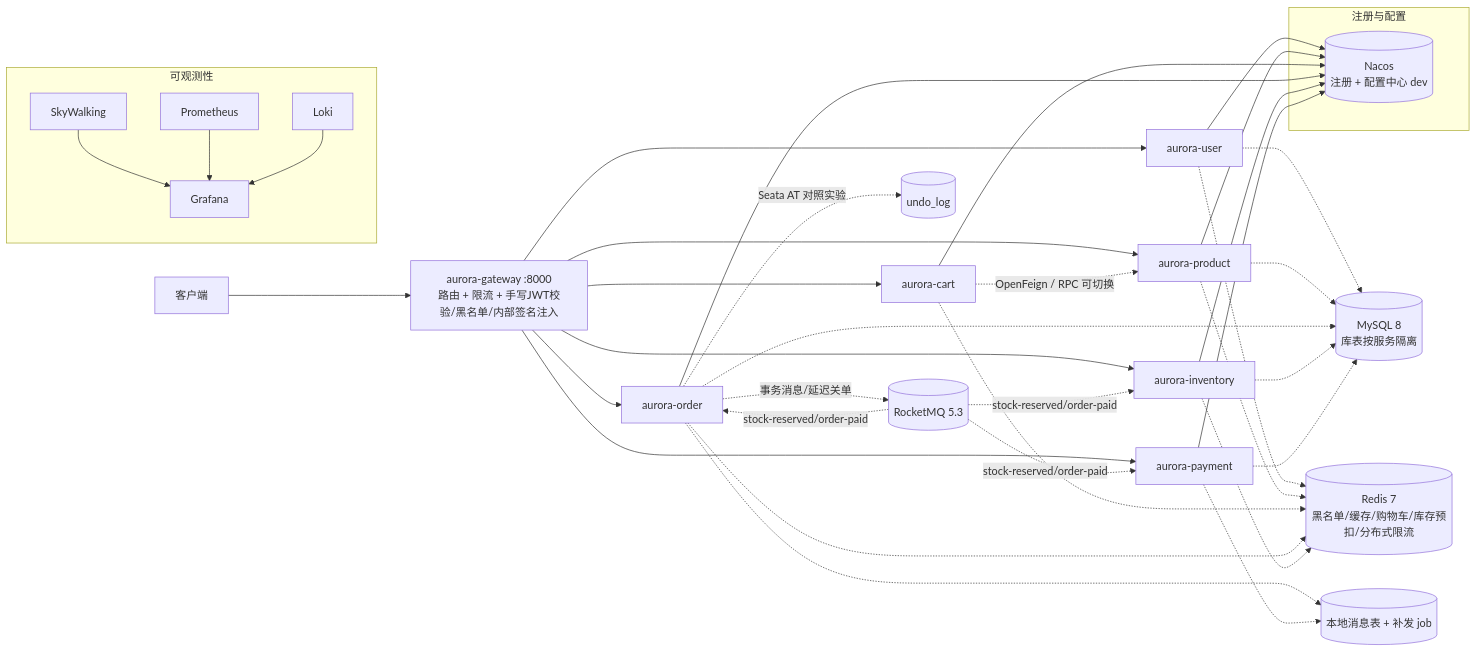
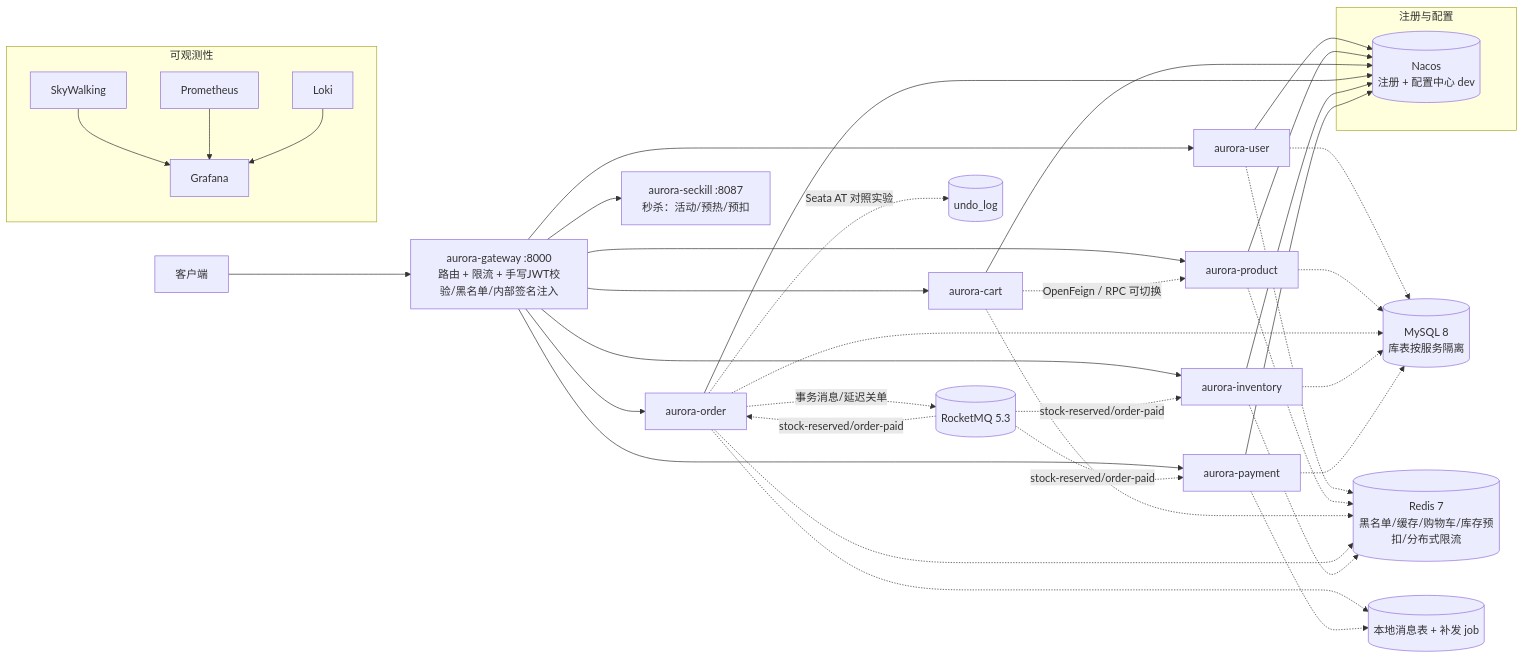
The diagram in README.md (zeng-bohan/aurora-mall), drawn with Mermaid before and after one commit. The commit also changed other lines of this file and 25 other files, not shown here.

````diff
--- a/README.md
+++ b/README.md
@@ -28,31 +28,32 @@
 ```mermaid
 flowchart LR
     C[客户端] --> G[aurora-gateway :8000<br/>路由 + 限流 + 手写JWT校验/黑名单/内部签名注入]
 
     G --> U[aurora-user]
     G --> P[aurora-product]
     G --> CA[aurora-cart]
     G --> O[aurora-order]
     G --> I[aurora-inventory]
     G --> PA[aurora-payment]
+    G --> SK[aurora-seckill :8087<br/>秒杀：活动/预热/预扣]
 
     CA -. OpenFeign / RPC 可切换 .-> P
 
     subgraph 注册与配置
       N[(Nacos<br/>注册 + 配置中心 dev)]
     end
 
     U & P & CA & O & I & PA --> N
 
     O -. 事务消息/延迟关单 .-> MQ[(RocketMQ 5.3)]
     MQ -. stock-reserved/order-paid .-> I & PA & O
     O -. Seata AT 对照实验 .-> SE[(undo_log)]
 
     U & P & O & I & PA -.-> SQL[(MySQL 8<br/>库表按服务隔离)]
     U & P & CA & O & I -.-> R[(Redis 7<br/>黑名单/缓存/购物车/库存预扣/分布式限流)]
     O & PA -.-> OMQ[(本地消息表 + 补发 job)]
 
     subgraph 可观测性
       SW[SkyWalking] & PR[Prometheus] & LK[Loki] --> GR[Grafana]
     end
 ```
````
